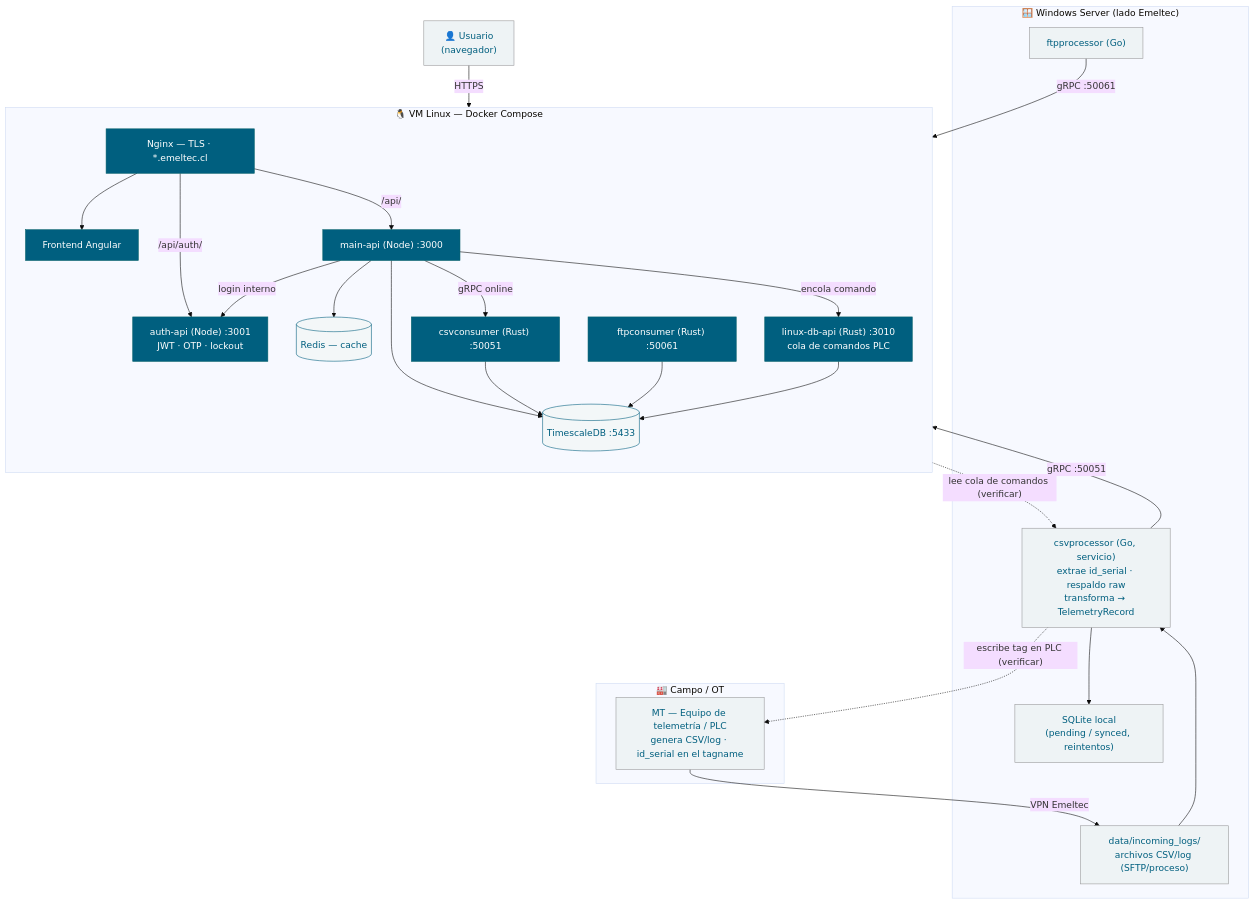
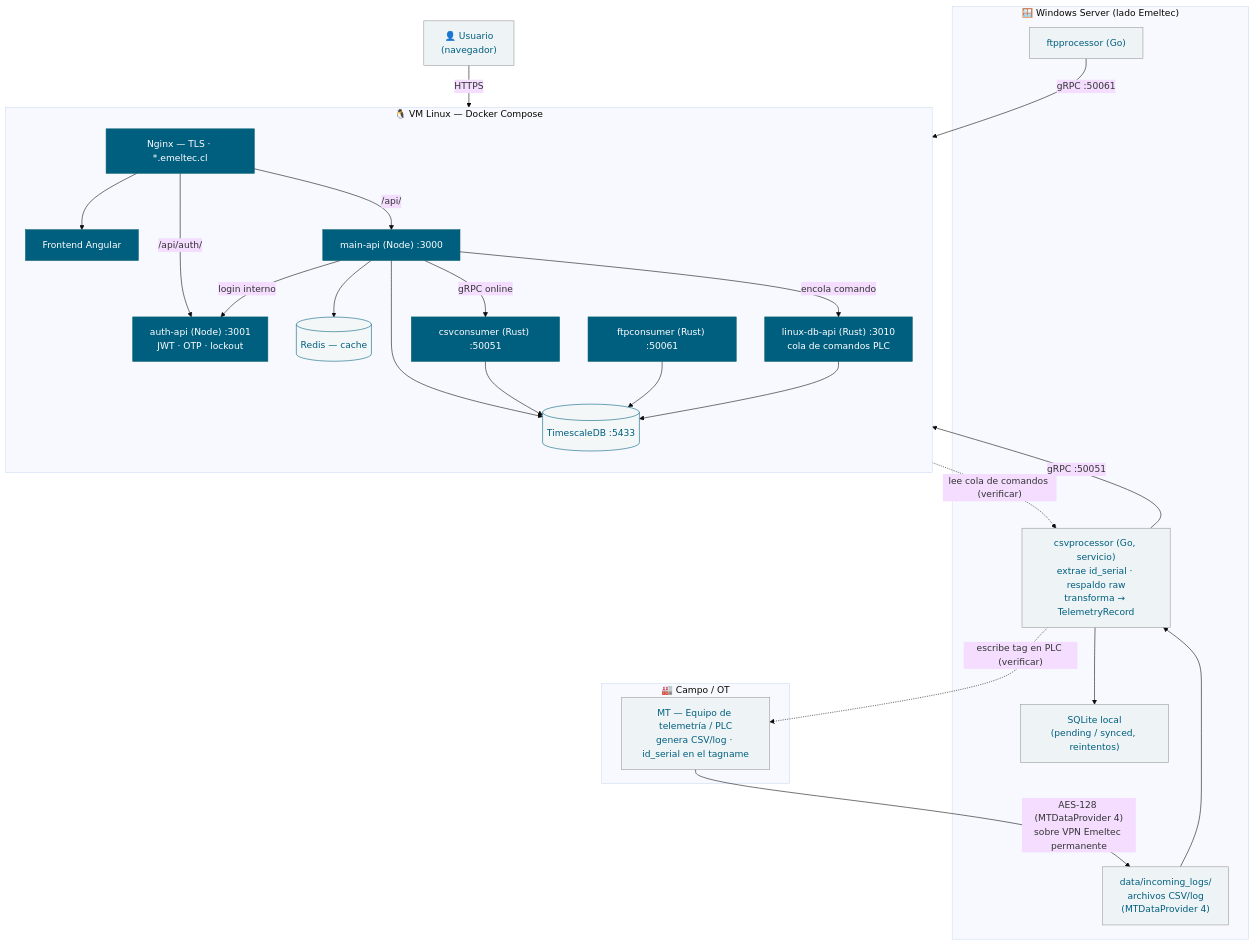
One commit to druizd/emeltec3 changed the diagram in docs/ARQUITECTURA-FLUJO-DATOS.md. Above: the diagram before and after it, drawn with Mermaid (base theme). The commit also changed other lines of this file and 3 other files, not shown here.

````diff
--- a/docs/ARQUITECTURA-FLUJO-DATOS.md
+++ b/docs/ARQUITECTURA-FLUJO-DATOS.md
@@ -12,61 +12,61 @@
 ```mermaid
 flowchart TB
   USER["👤 Usuario<br/>(navegador)"]
 
   subgraph OT["🏭 Campo / OT"]
     MT["MT — Equipo de telemetría / PLC<br/>genera CSV/log · id_serial en el tagname"]
   end
 
   subgraph WIN["🪟 Windows Server (lado Emeltec)"]
-    INC["data/incoming_logs/<br/>archivos CSV/log (SFTP/proceso)"]
+    INC["data/incoming_logs/<br/>archivos CSV/log<br/>(MTDataProvider 4)"]
     CSVP["csvprocessor (Go, servicio)<br/>extrae id_serial · respaldo raw<br/>transforma → TelemetryRecord"]
     FTPP["ftpprocessor (Go)"]
     SQLITE["SQLite local<br/>(pending / synced, reintentos)"]
     INC --> CSVP
     CSVP --> SQLITE
   end
 
   subgraph VM["🐧 VM Linux — Docker Compose"]
     direction TB
     NGINX["Nginx — TLS · *.emeltec.cl"]
     FE["Frontend Angular"]
     MAPI["main-api (Node) :3000"]
     AAPI["auth-api (Node) :3001<br/>JWT · OTP · lockout"]
     CSVC["csvconsumer (Rust) :50051"]
     FTPC["ftpconsumer (Rust) :50061"]
     LDB["linux-db-api (Rust) :3010<br/>cola de comandos PLC"]
     TS[("TimescaleDB :5433")]
     RD[("Redis — cache")]
 
     NGINX --> FE
     NGINX -->|/api/| MAPI
     NGINX -->|/api/auth/| AAPI
     MAPI -->|login interno| AAPI
     MAPI --> TS
     MAPI --> RD
     MAPI -->|gRPC online| CSVC
     MAPI -->|encola comando| LDB
     CSVC --> TS
     FTPC --> TS
     LDB --> TS
   end
 
   %% --- Ingesta de telemetría ---
-  MT -->|VPN Emeltec| INC
+  MT -->|"AES-128 (MTDataProvider 4)<br/>sobre VPN Emeltec permanente"| INC
   CSVP -->|gRPC :50051| CSVC
   FTPP -->|gRPC :50061| FTPC
 
   %% --- Acceso web ---
   USER -->|HTTPS| NGINX
 
   %% --- Actuación: comando PLC de vuelta al equipo ---
   LDB -. "lee cola de comandos (verificar)" .-> CSVP
   CSVP -. "escribe tag en PLC (verificar)" .-> MT
 
   classDef ext fill:#eef3f5,stroke:#98989A,color:#005F7F;
   classDef core fill:#005F7F,stroke:#04606A,color:#fff;
   classDef store fill:#f3f7f8,stroke:#005F7F,color:#005F7F;
   class MT,INC,CSVP,FTPP,SQLITE,USER ext;
   class NGINX,FE,MAPI,AAPI,CSVC,FTPC,LDB core;
   class TS,RD store;
 ```
````
